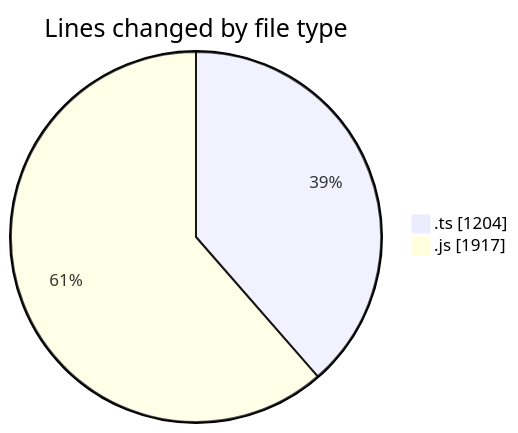
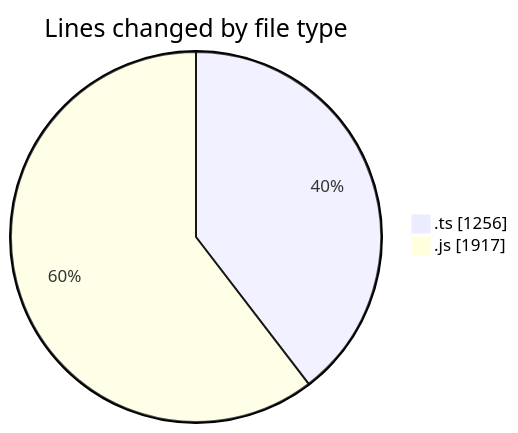
Before and after one commit to momahboobian/code-tracking: the first of 2 diagrams in 2025-07-29/cda/README.md, drawn with Mermaid. The commit also changed other lines of this file and 1 other file, not shown here.

````diff
--- a/2025-07-29/cda/README.md
+++ b/2025-07-29/cda/README.md
@@ -23,6 +23,6 @@
 ```mermaid
 pie showData
 title Lines changed by file type
-".ts" : 1204
+".ts" : 1256
 ".js" : 1917
 ```
````
